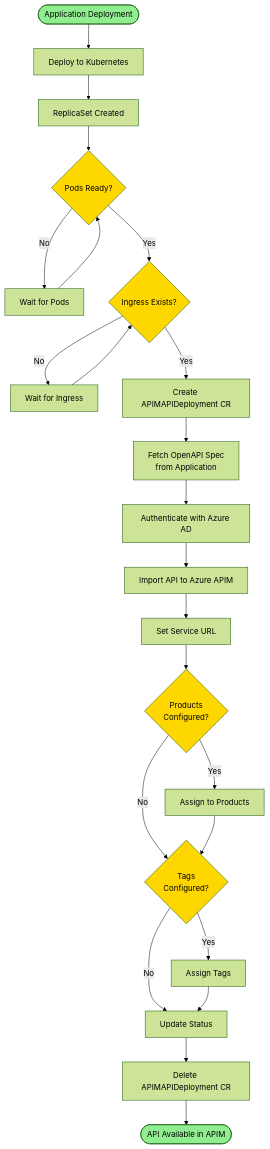
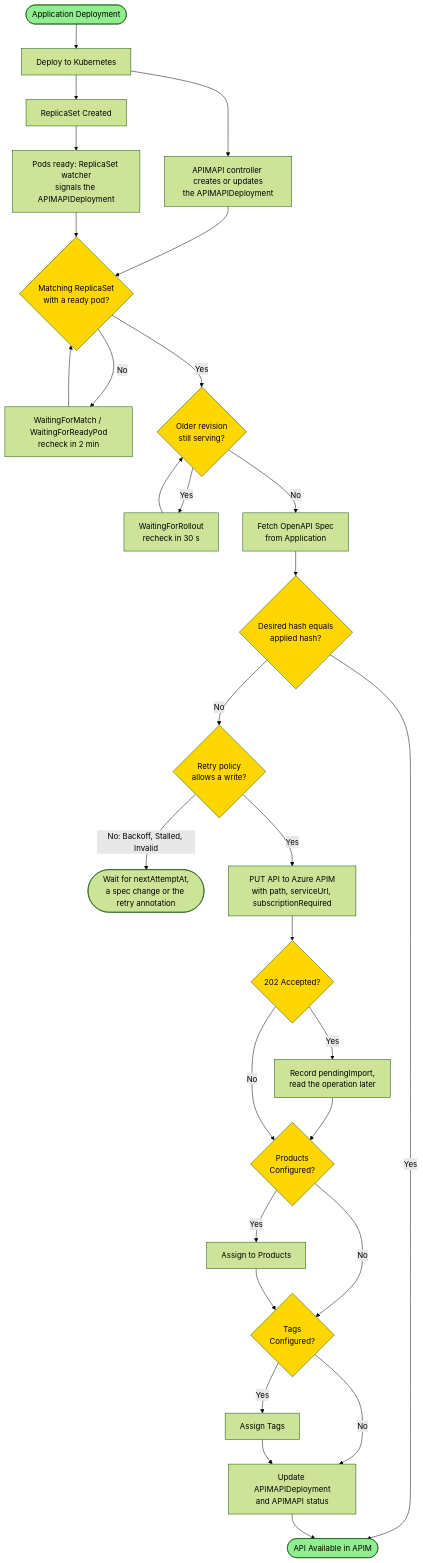
Before and after one commit to hedinbil/azure-apim-operator: the fourth of 4 diagrams in README.md, drawn with Mermaid (forest theme). The commit also changed other lines of this file and 78 other files, not shown here.

First line of the commit message:
fix(apim): never wait on, lose or repeat an import APIM is running (0.33.0)

````diff
--- a/README.md
+++ b/README.md
@@ -448,33 +437,41 @@
 ```mermaid
 flowchart TD
     Start([Application Deployment]) --> Deploy[Deploy to Kubernetes]
+    Deploy --> CreateCR[APIMAPI controller creates or updates<br/>the APIMAPIDeployment]
     Deploy --> RS[ReplicaSet Created]
-    RS --> Ready{Pods Ready?}
-    Ready -->|No| Wait[Wait for Pods]
+    RS --> Signal[Pods ready: ReplicaSet watcher<br/>signals the APIMAPIDeployment]
+    CreateCR --> Ready
+    Signal --> Ready{Matching ReplicaSet<br/>with a ready pod?}
+    Ready -->|No| Wait[WaitingForMatch / WaitingForReadyPod<br/>recheck in 2 min]
     Wait --> Ready
-    Ready -->|Yes| IngressCheck{Ingress Exists?}
-    IngressCheck -->|No| WaitIngress[Wait for Ingress]
-    WaitIngress --> IngressCheck
-    IngressCheck -->|Yes| CreateCR[Create APIMAPIDeployment CR]
-    
-    CreateCR --> FetchOpenAPI[Fetch OpenAPI Spec<br/>from Application]
-    FetchOpenAPI --> Auth[Authenticate with Azure AD]
-    Auth --> ImportAPI[Import API to Azure APIM]
-    ImportAPI --> SetServiceURL[Set Service URL]
-    SetServiceURL --> AssignProducts{Products<br/>Configured?}
+    Ready -->|Yes| Rollout{Older revision<br/>still serving?}
+    Rollout -->|Yes| WaitRollout[WaitingForRollout<br/>recheck in 30 s]
+    WaitRollout --> Rollout
+    Rollout -->|No| FetchOpenAPI[Fetch OpenAPI Spec<br/>from Application]
+    FetchOpenAPI --> InSync{Desired hash equals<br/>applied hash?}
+    InSync -->|Yes| End
+    InSync -->|No| Gate{Retry policy<br/>allows a write?}
+    Gate -->|No: Backoff, Stalled, Invalid| Held([Wait for nextAttemptAt,<br/>a spec change or the retry annotation])
+    Gate -->|Yes| ImportAPI[PUT API to Azure APIM<br/>with path, serviceUrl, subscriptionRequired]
+    ImportAPI --> Pending{202 Accepted?}
+    Pending -->|Yes| Follow[Record pendingImport,<br/>read the operation later]
+    Follow --> AssignProducts
+    Pending -->|No| AssignProducts{Products<br/>Configured?}
     AssignProducts -->|Yes| AssignProd[Assign to Products]
     AssignProducts -->|No| AssignTags
     AssignProd --> AssignTags{Tags<br/>Configured?}
     AssignTags -->|Yes| AssignTag[Assign Tags]
     AssignTags -->|No| UpdateStatus
-    AssignTag --> UpdateStatus[Update Status]
-    UpdateStatus --> Cleanup[Delete APIMAPIDeployment CR]
-    Cleanup --> End([API Available in APIM])
+    AssignTag --> UpdateStatus[Update APIMAPIDeployment<br/>and APIMAPI status]
+    UpdateStatus --> End([API Available in APIM])
     
     style Start fill:#90EE90
     style End fill:#90EE90
     style Ready fill:#FFD700
-    style IngressCheck fill:#FFD700
+    style Rollout fill:#FFD700
+    style InSync fill:#FFD700
+    style Gate fill:#FFD700
+    style Pending fill:#FFD700
     style AssignProducts fill:#FFD700
     style AssignTags fill:#FFD700
 ```
````
